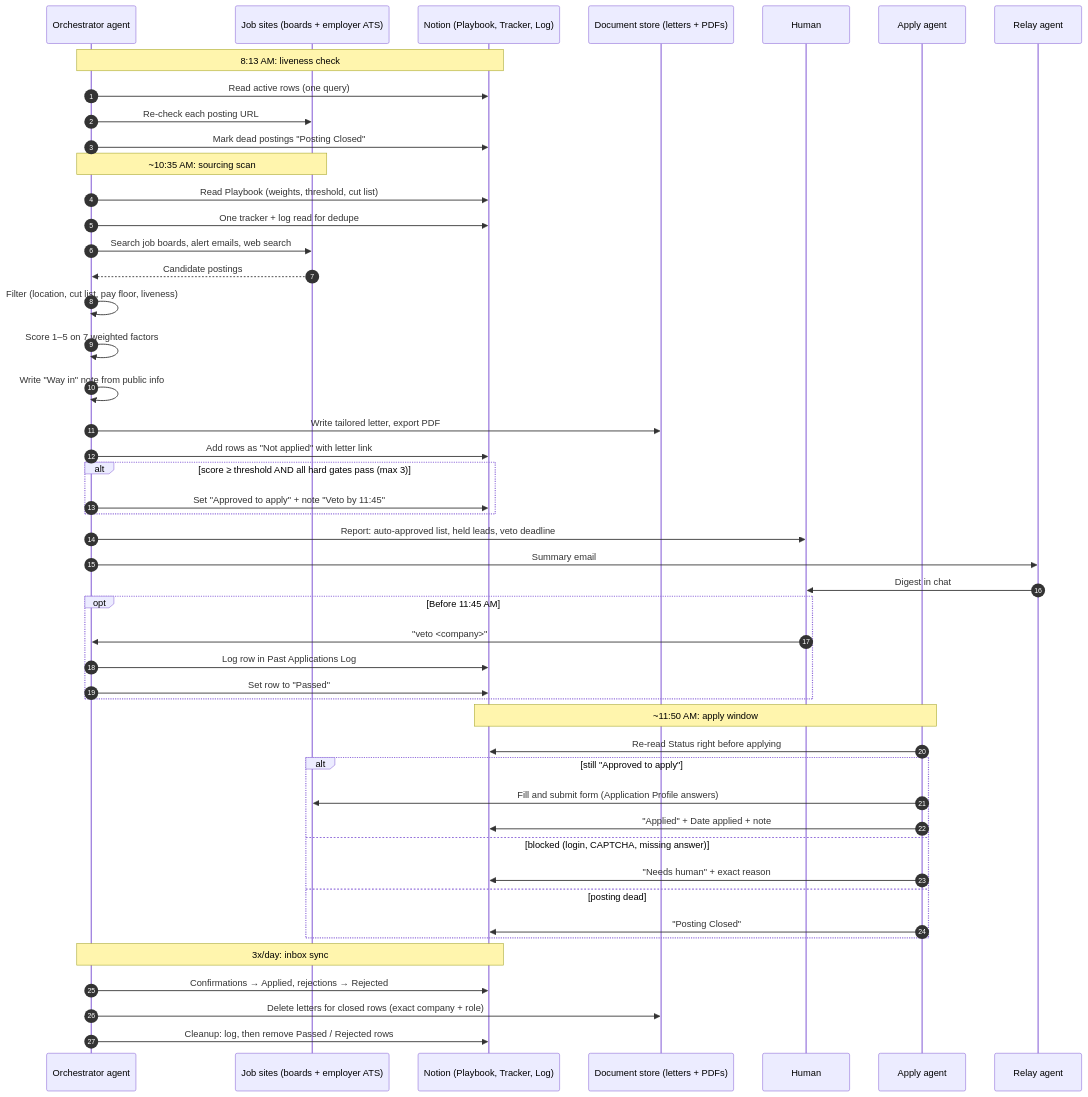
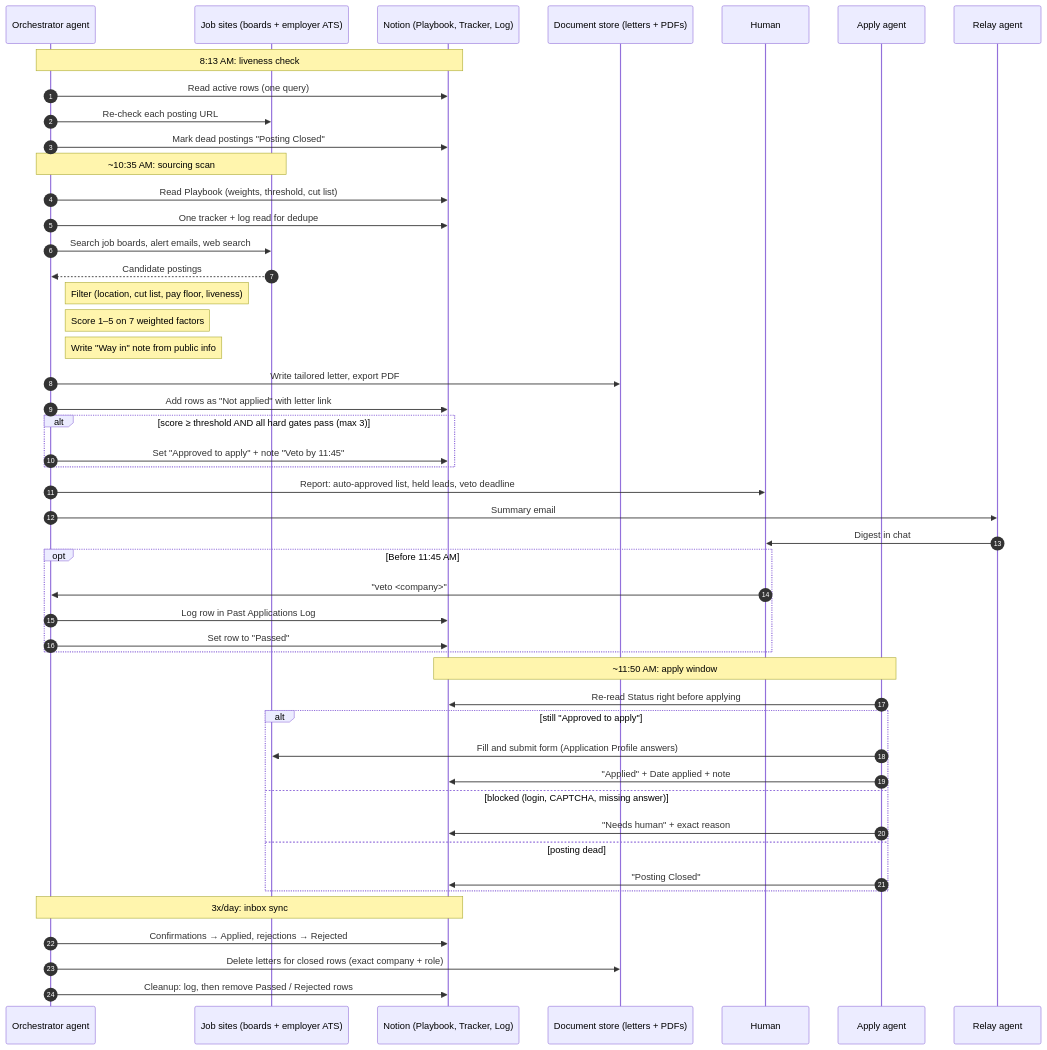
One commit to Kasloco/job-agent-case-study changed the diagram in docs/diagrams/daily-run-sequence.mmd. Above: the diagram before and after it, drawn with Mermaid. The commit also changed 10 other files, not shown here.

First line of the commit message:
Address audit findings: threat model, approval wording, diagrams, cleanup

```diff
--- a/docs/diagrams/daily-run-sequence.mmd
+++ b/docs/diagrams/daily-run-sequence.mmd
@@ -1,53 +1,53 @@
 sequenceDiagram
     autonumber
     participant O as Orchestrator agent
     participant S as Job sites (boards + employer ATS)
     participant N as Notion (Playbook, Tracker, Log)
     participant D as Document store (letters + PDFs)
     participant H as Human
     participant A as Apply agent
     participant R as Relay agent
 
     Note over O,N: 8:13 AM: liveness check
     O->>N: Read active rows (one query)
     O->>S: Re-check each posting URL
     O->>N: Mark dead postings "Posting Closed"
 
     Note over O,S: ~10:35 AM: sourcing scan
     O->>N: Read Playbook (weights, threshold, cut list)
     O->>N: One tracker + log read for dedupe
     O->>S: Search job boards, alert emails, web search
     S-->>O: Candidate postings
-    O->>O: Filter (location, cut list, pay floor, liveness)
-    O->>O: Score 1–5 on 7 weighted factors
-    O->>O: Write "Way in" note from public info
+    Note right of O: Filter (location, cut list, pay floor, liveness)
+    Note right of O: Score 1–5 on 7 weighted factors
+    Note right of O: Write "Way in" note from public info
     O->>D: Write tailored letter, export PDF
     O->>N: Add rows as "Not applied" with letter link
     alt score ≥ threshold AND all hard gates pass (max 3)
         O->>N: Set "Approved to apply" + note "Veto by 11:45"
     end
     O->>H: Report: auto-approved list, held leads, veto deadline
     O->>R: Summary email
     R->>H: Digest in chat
 
     opt Before 11:45 AM
         H->>O: "veto <company>"
         O->>N: Log row in Past Applications Log
         O->>N: Set row to "Passed"
     end
 
     Note over A,N: ~11:50 AM: apply window
     A->>N: Re-read Status right before applying
     alt still "Approved to apply"
         A->>S: Fill and submit form (Application Profile answers)
         A->>N: "Applied" + Date applied + note
     else blocked (login, CAPTCHA, missing answer)
         A->>N: "Needs human" + exact reason
     else posting dead
         A->>N: "Posting Closed"
     end
 
     Note over O,N: 3x/day: inbox sync
     O->>N: Confirmations → Applied, rejections → Rejected
     O->>D: Delete letters for closed rows (exact company + role)
     O->>N: Cleanup: log, then remove Passed / Rejected rows
```
